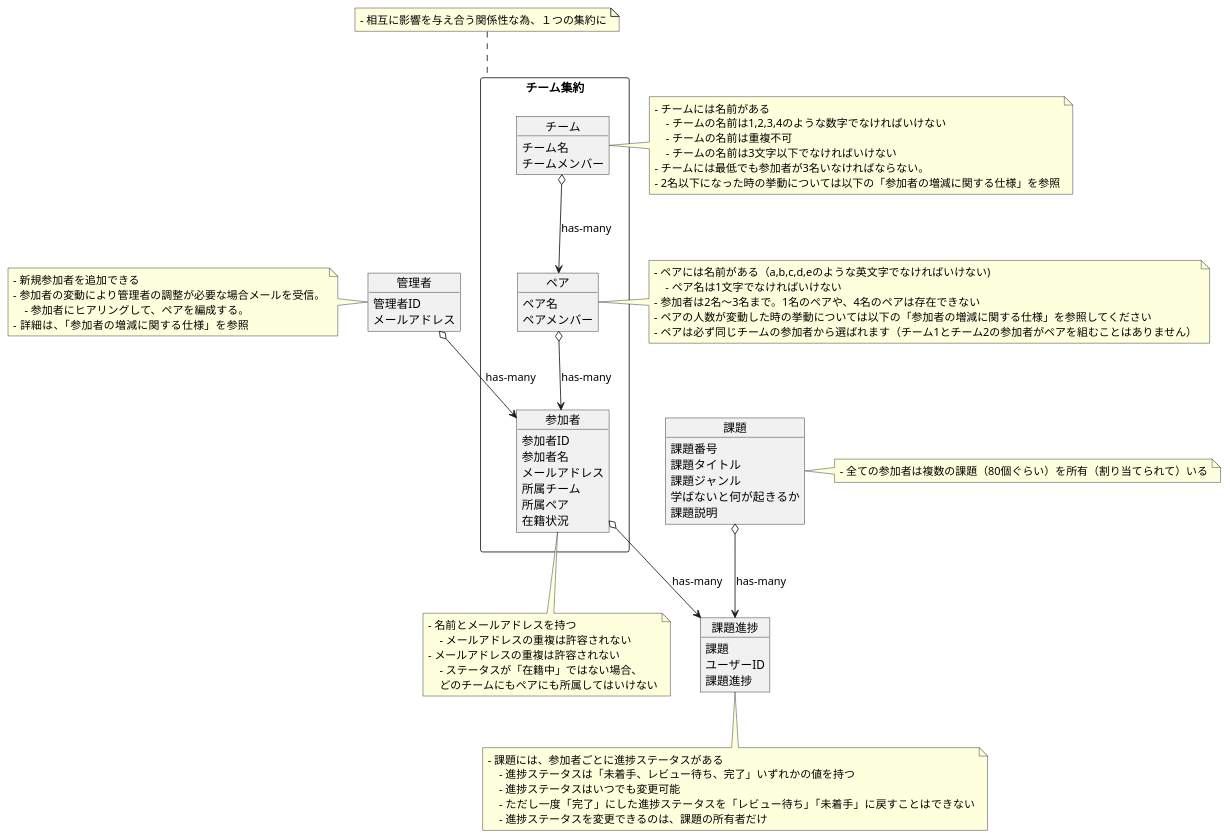
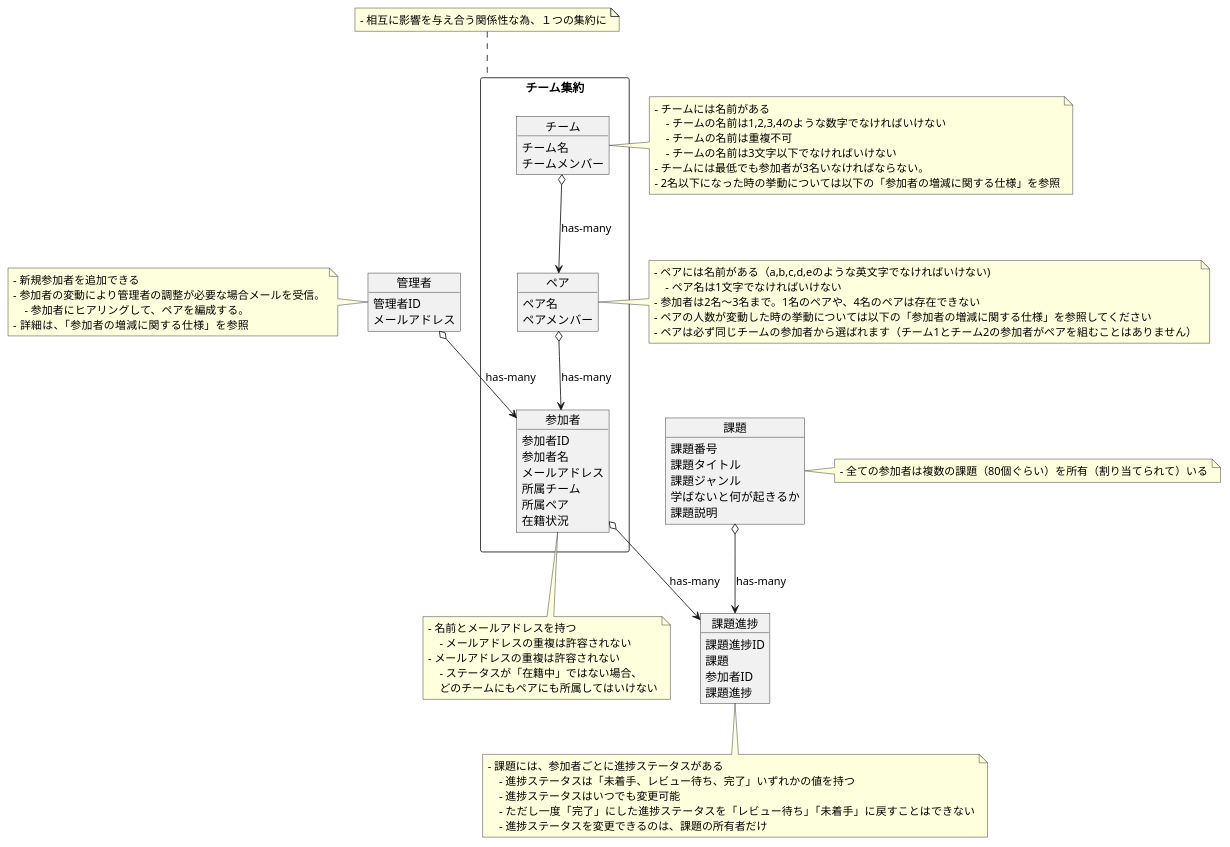
Before and after one commit to praha-inc/praha-challenge-7: the diagram in 95IG7y3HHX7yl4/03_設計/04_特大課題：プラハチャレンジをDDDで実装してみる/ドメインモデル図/plant_uml.pu, drawn with PlantUML. The commit also changed 1 other file, not shown here.

```diff
--- a/95IG7y3HHX7yl4/03_設計/04_特大課題：プラハチャレンジをDDDで実装してみる/ドメインモデル図/plant_uml.pu
+++ b/95IG7y3HHX7yl4/03_設計/04_特大課題：プラハチャレンジをDDDで実装してみる/ドメインモデル図/plant_uml.pu
@@ -1,99 +1,100 @@
 @startuml domain 
 
 object 管理者 {
     管理者ID
     メールアドレス
 }
 
 note left of 管理者 
 - 新規参加者を追加できる
 - 参加者の変動により管理者の調整が必要な場合メールを受信。
     - 参加者にヒアリングして、ペアを編成する。
 - 詳細は、「参加者の増減に関する仕様」を参照
 end note
 
 object 課題 {
     課題番号
     課題タイトル
     課題ジャンル
     学ばないと何が起きるか
     課題説明
 }
 
 note right of 課題 
 - 全ての参加者は複数の課題（80個ぐらい）を所有（割り当てられて）いる
 end note
 
 object 課題進捗 {
+    課題進捗ID
     課題
-    ユーザーID
+    参加者ID
     課題進捗
 }
 
 note bottom of 課題進捗 
 - 課題には、参加者ごとに進捗ステータスがある
     - 進捗ステータスは「未着手、レビュー待ち、完了」いずれかの値を持つ
     - 進捗ステータスはいつでも変更可能
     - ただし一度「完了」にした進捗ステータスを「レビュー待ち」「未着手」に戻すことはできない
     - 進捗ステータスを変更できるのは、課題の所有者だけ
 end note
 
 rectangle チーム集約 {
     object 参加者 {
         参加者ID
         参加者名
         メールアドレス
         所属チーム
         所属ペア
         在籍状況
     }
     object ペア {
         ペア名
         ペアメンバー
     }
     object チーム {
         チーム名
         チームメンバー
     }
 }
 
 note bottom of 参加者 
 - 名前とメールアドレスを持つ
     - メールアドレスの重複は許容されない
 - メールアドレスの重複は許容されない
     - ステータスが「在籍中」ではない場合、
     どのチームにもペアにも所属してはいけない
 end note
 
 note right of ペア 
 - ペアには名前がある（a,b,c,d,eのような英文字でなければいけない)
     - ペア名は1文字でなければいけない
 - 参加者は2名〜3名まで。1名のペアや、4名のペアは存在できない
 - ペアの人数が変動した時の挙動については以下の「参加者の増減に関する仕様」を参照してください
 - ペアは必ず同じチームの参加者から選ばれます（チーム1とチーム2の参加者がペアを組むことはありません）
 end note
 
 note right of チーム
 - チームには名前がある
     - チームの名前は1,2,3,4のような数字でなければいけない
     - チームの名前は重複不可
     - チームの名前は3文字以下でなければいけない
 - チームには最低でも参加者が3名いなければならない。
 - 2名以下になった時の挙動については以下の「参加者の増減に関する仕様」を参照
 end note
 
 note top of チーム集約 
 - 相互に影響を与え合う関係性な為、１つの集約に
 end note
 
 管理者 o--> 参加者 : has-many
 
 参加者 o--> 課題進捗 : has-many
 
 課題 o--> 課題進捗 : has-many
 
 ペア o--> 参加者 : has-many
 
 チーム o--> ペア : has-many
 
 @enduml
```
